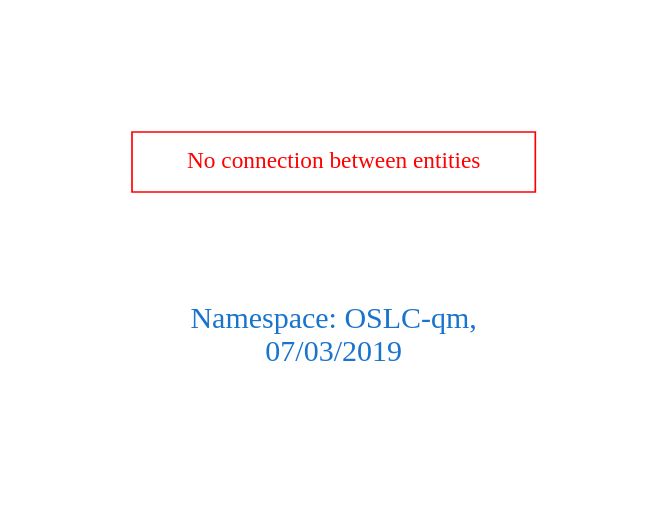
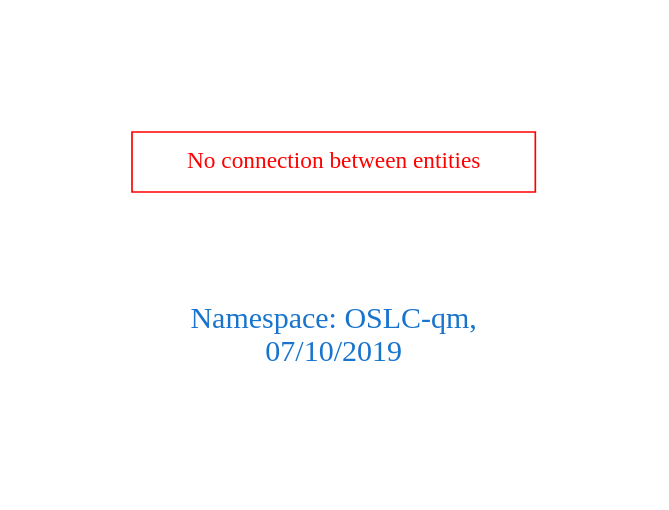
The diagram in downloads/OSLC-qm.dot (arago/OGIT), drawn with Graphviz before and after one commit. The commit also changed 1503 other files, not shown here.

```diff
--- a/downloads/OSLC-qm.dot
+++ b/downloads/OSLC-qm.dot
@@ -1,9 +1,9 @@
 digraph OGIT_ontology {
  graph [ rankdir= LR,pad=1 
 fontsize = 18,
-fontcolor= dodgerblue3,label = "\n\n\nNamespace: OSLC-qm, \n 07/03/2019"];
+fontcolor= dodgerblue3,label = "\n\n\nNamespace: OSLC-qm, \n 07/10/2019"];
 node[shape=polygon];
 edge [  color="gray81"];
 
 "No connection between entities" [fontcolor = "red",color="red", shape="polygon"]
 }
```
